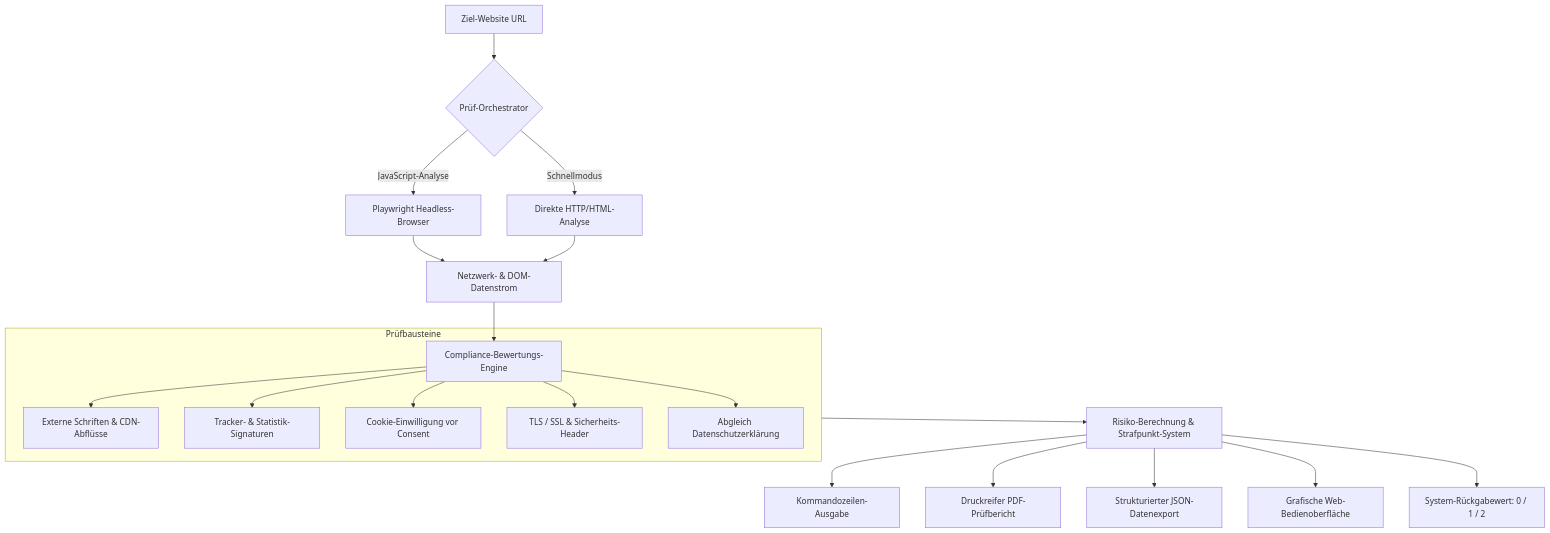
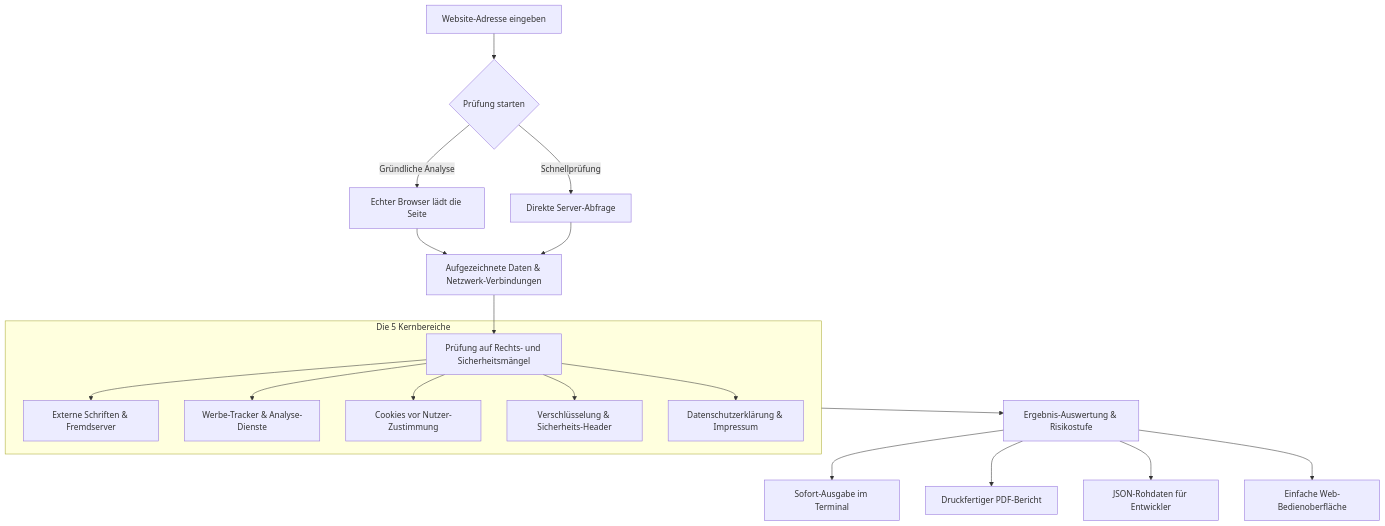
The diagram in README.md (AirFun1311/dsgvo-checker), drawn with Mermaid before and after one commit. The commit also changed other lines of this file, not shown here.

````diff
--- a/README.md
+++ b/README.md
@@ -67,28 +64,27 @@
 ```mermaid
 flowchart TD
-    A[Ziel-Website URL] --> B{Prüf-Orchestrator}
+    A[Website-Adresse eingeben] --> B{Prüfung starten}
     
-    B -->|JavaScript-Analyse| C[Playwright Headless-Browser]
-    B -->|Schnellmodus| D[Direkte HTTP/HTML-Analyse]
+    B -->|Gründliche Analyse| C[Echter Browser lädt die Seite]
+    B -->|Schnellprüfung| D[Direkte Server-Abfrage]
     
-    C --> E[Netzwerk- & DOM-Datenstrom]
+    C --> E[Aufgezeichnete Daten & Netzwerk-Verbindungen]
     D --> E
     
-    E --> F[Compliance-Bewertungs-Engine]
+    E --> F[Prüfung auf Rechts- und Sicherheitsmängel]
     
-    subgraph Pruefmodule [Prüfbausteine]
-        F --> G1[Externe Schriften & CDN-Abflüsse]
-        F --> G2[Tracker- & Statistik-Signaturen]
-        F --> G3[Cookie-Einwilligung vor Consent]
-        F --> G4[TLS / SSL & Sicherheits-Header]
-        F --> G5[Abgleich Datenschutzerklärung]
+    subgraph Pruefpunkte [Die 5 Kernbereiche]
+        F --> G1[Externe Schriften & Fremdserver]
+        F --> G2[Werbe-Tracker & Analyse-Dienste]
+        F --> G3[Cookies vor Nutzer-Zustimmung]
+        F --> G4[Verschlüsselung & Sicherheits-Header]
+        F --> G5[Datenschutzerklärung & Impressum]
     end
     
-    Pruefmodule --> H[Risiko-Berechnung & Strafpunkt-System]
+    Pruefpunkte --> H[Ergebnis-Auswertung & Risikostufe]
     
-    H --> I1[Kommandozeilen-Ausgabe]
-    H --> I2[Druckreifer PDF-Prüfbericht]
-    H --> I3[Strukturierter JSON-Datenexport]
-    H --> I4[Grafische Web-Bedienoberfläche]
-    H --> I5[System-Rückgabewert: 0 / 1 / 2]
+    H --> I1[Sofort-Ausgabe im Terminal]
+    H --> I2[Druckfertiger PDF-Bericht]
+    H --> I3[JSON-Rohdaten für Entwickler]
+    H --> I4[Einfache Web-Bedienoberfläche]
 ```
````
